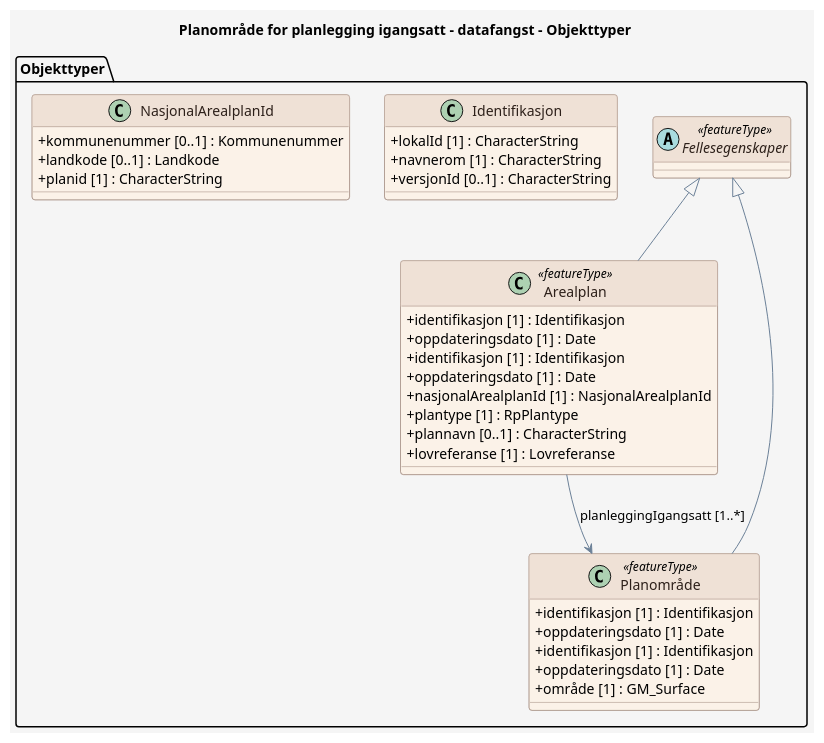
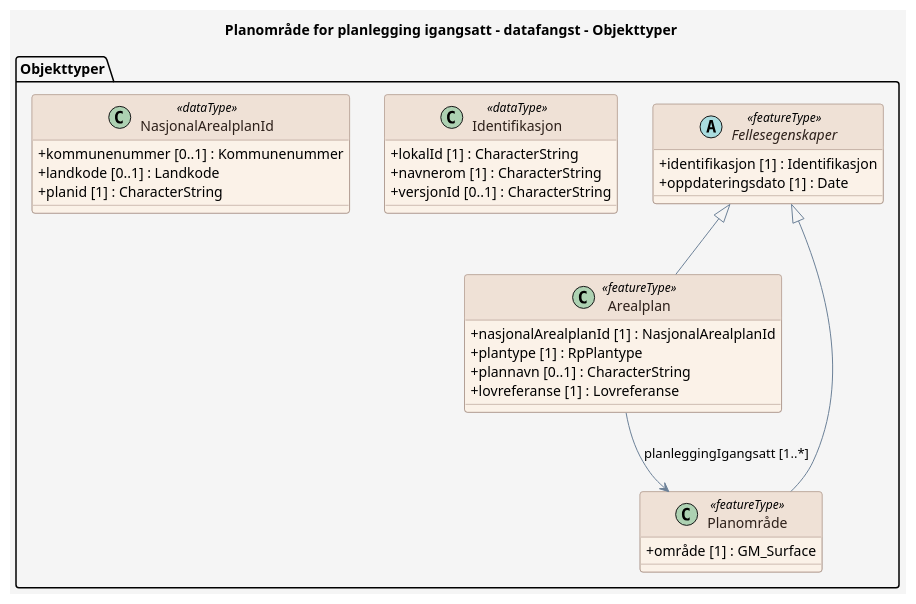
Before and after one commit to Arkitektum/produktspesifikasjon_plandata: the diagram in produktspesifikasjon/planleggingigangsatt/datafangst/datafangst_feature_catalogue.puml, drawn with PlantUML. The commit also changed 7 other files, not shown here.

```diff
--- a/produktspesifikasjon/planleggingigangsatt/datafangst/datafangst_feature_catalogue.puml
+++ b/produktspesifikasjon/planleggingigangsatt/datafangst/datafangst_feature_catalogue.puml
@@ -1,67 +1,60 @@
 @startuml
 title Planområde for planlegging igangsatt - datafangst - Objekttyper
 
 skinparam backgroundColor #F5F5F5
 skinparam shadowing false
 skinparam RoundCorner 6
 skinparam ArrowColor #6C8198
 skinparam class {
   BackgroundColor #FBF2E8
   BorderColor #9C8578
   FontColor #2D201A
   HeaderBackgroundColor #EFE1D6
   HeaderFontColor #2D201A
   AttributeIconSize 0
 }
 skinparam note {
   BackgroundColor #FFFFFF
   BorderColor #6C8198
   FontColor #2D201A
 }
 skinparam stereotypeCBackgroundColor #EAD9CE
 skinparam stereotypeCBorderColor #9C8578
 skinparam stereotypeCFontColor #2D201A
 
 package "Objekttyper" {
 
   abstract class Fellesegenskaper <<featureType>> {
-    ' Ingen attributter
+    + identifikasjon [1] : Identifikasjon
+    + oppdateringsdato [1] : Date
   }
 
   class Arealplan <<featureType>> {
-    + identifikasjon [1] : Identifikasjon
-    + oppdateringsdato [1] : Date
-    + identifikasjon [1] : Identifikasjon
-    + oppdateringsdato [1] : Date
     + nasjonalArealplanId [1] : NasjonalArealplanId
     + plantype [1] : RpPlantype
     + plannavn [0..1] : CharacterString
     + lovreferanse [1] : Lovreferanse
   }
 
   class "Planområde" as Planomr_de <<featureType>> {
-    + identifikasjon [1] : Identifikasjon
-    + oppdateringsdato [1] : Date
-    + identifikasjon [1] : Identifikasjon
-    + oppdateringsdato [1] : Date
     + område [1] : GM_Surface
   }
 
-  class Identifikasjon {
+  class Identifikasjon <<dataType>> {
     + lokalId [1] : CharacterString
     + navnerom [1] : CharacterString
     + versjonId [0..1] : CharacterString
   }
 
-  class NasjonalArealplanId {
+  class NasjonalArealplanId <<dataType>> {
     + kommunenummer [0..1] : Kommunenummer
     + landkode [0..1] : Landkode
     + planid [1] : CharacterString
   }
 }
 
   Fellesegenskaper <|-- Arealplan
   Arealplan --> Planomr_de : planleggingIgangsatt [1..*]
   Fellesegenskaper <|-- Planomr_de
 
 @enduml
```
